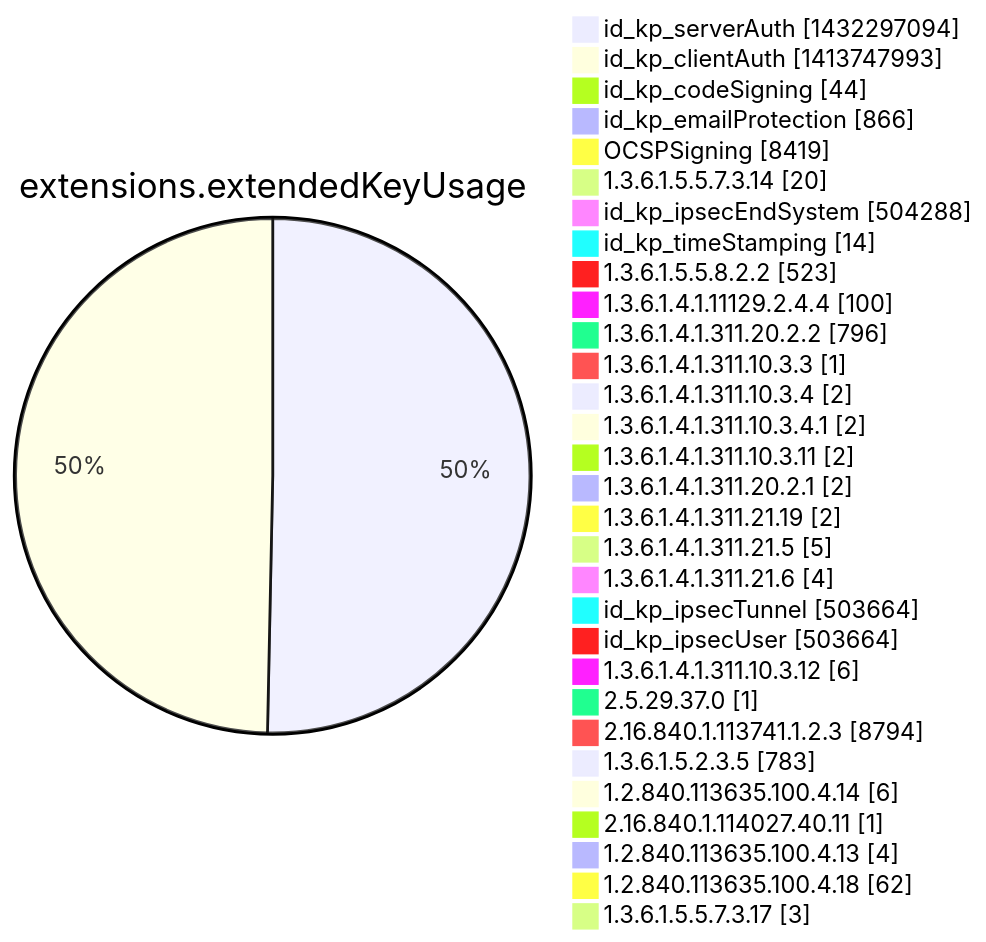
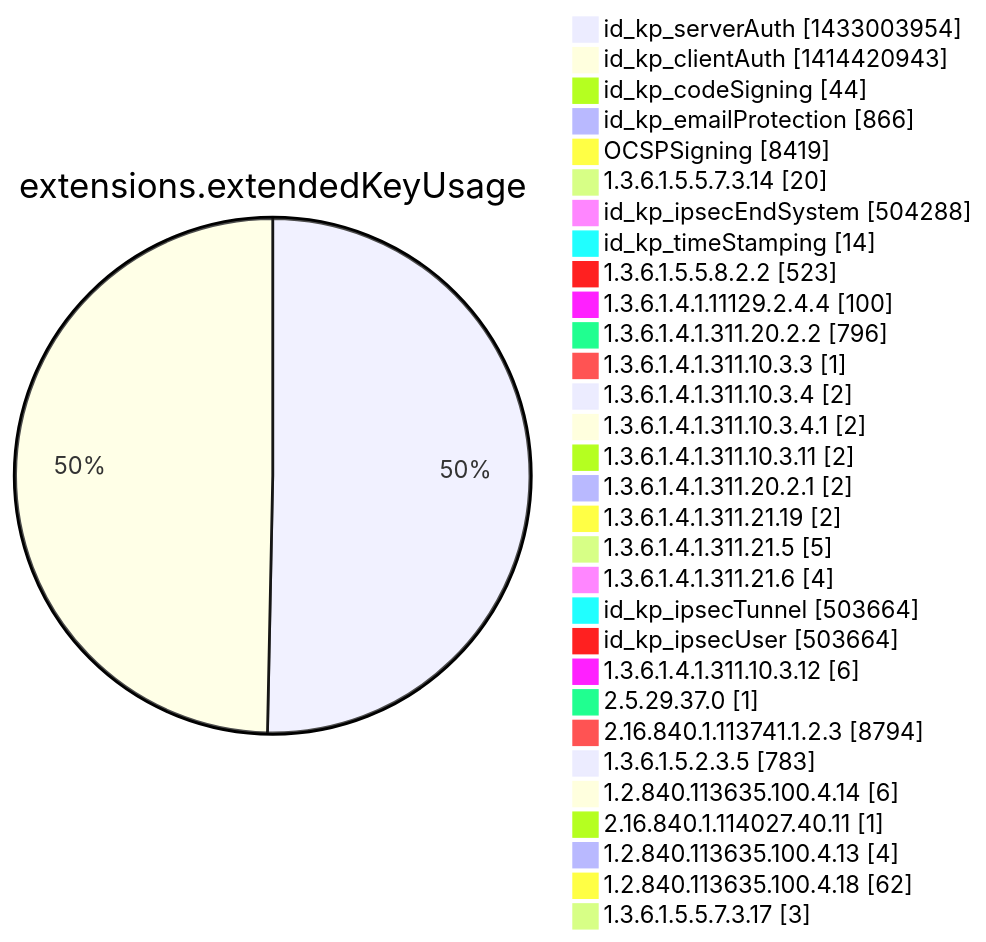
Diagram 12 of 15 in argon2022/README.md (christiankrug/ctmonitor_visualization), drawn with Mermaid before and after one commit. The commit also changed other lines of this file, not shown here.

````diff
--- a/argon2022/README.md
+++ b/argon2022/README.md
@@ -3555,34 +3555,34 @@
 ```mermaid
 pie showData
 title extensions.extendedKeyUsage
-"id_kp_serverAuth" :1432297094
-"id_kp_clientAuth" :1413747993
+"id_kp_serverAuth" :1433003954
+"id_kp_clientAuth" :1414420943
 "id_kp_codeSigning" :44
 "id_kp_emailProtection" :866
 "OCSPSigning" :8419
 "1.3.6.1.5.5.7.3.14" :20
 "id_kp_ipsecEndSystem" :504288
 "id_kp_timeStamping" :14
 "1.3.6.1.5.5.8.2.2" :523
 "1.3.6.1.4.1.11129.2.4.4" :100
 "1.3.6.1.4.1.311.20.2.2" :796
 "1.3.6.1.4.1.311.10.3.3" :1
 "1.3.6.1.4.1.311.10.3.4" :2
 "1.3.6.1.4.1.311.10.3.4.1" :2
 "1.3.6.1.4.1.311.10.3.11" :2
 "1.3.6.1.4.1.311.20.2.1" :2
 "1.3.6.1.4.1.311.21.19" :2
 "1.3.6.1.4.1.311.21.5" :5
 "1.3.6.1.4.1.311.21.6" :4
 "id_kp_ipsecTunnel" :503664
 "id_kp_ipsecUser" :503664
 "1.3.6.1.4.1.311.10.3.12" :6
 "2.5.29.37.0" :1
 "2.16.840.1.113741.1.2.3" :8794
 "1.3.6.1.5.2.3.5" :783
 "1.2.840.113635.100.4.14" :6
 "2.16.840.1.114027.40.11" :1
 "1.2.840.113635.100.4.13" :4
 "1.2.840.113635.100.4.18" :62
 "1.3.6.1.5.5.7.3.17" :3
 ```
````
